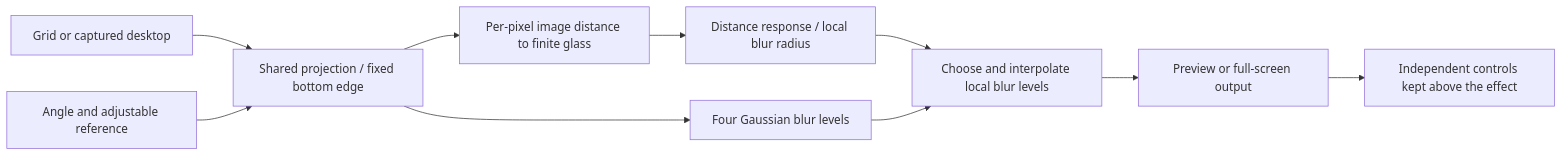
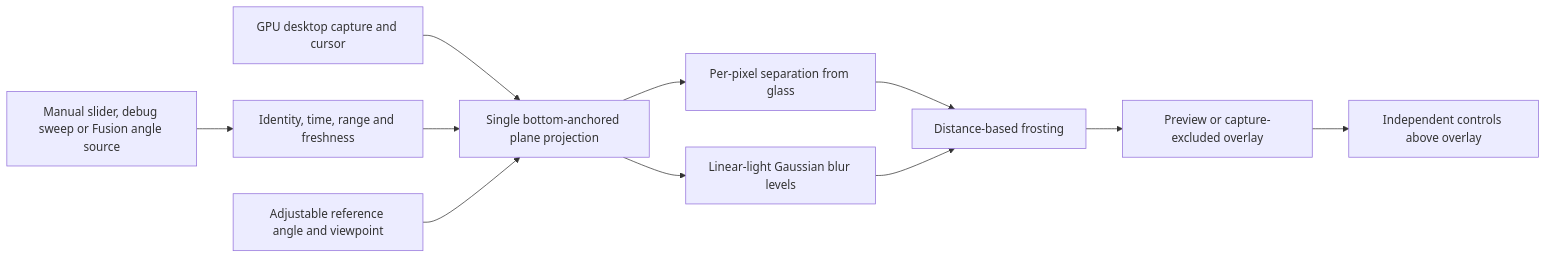
One commit to Comb1e/windows-turn changed the third of 4 diagrams in docs/architecture.md. Above: the diagram before and after it, drawn with Mermaid. The commit also changed other lines of this file and 22 other files, not shown here.

Commit message:
Replace Fusion sweep calibration with photo annotation workflow

````diff
--- a/docs/architecture.md
+++ b/docs/architecture.md
@@ -72,12 +43,13 @@
 ```mermaid
 flowchart LR
-  Source[Grid or captured desktop] --> Projection[Shared projection / fixed bottom edge]
-  Angle[Angle and adjustable reference] --> Projection
-  Projection --> Gap[Per-pixel image distance to finite glass]
-  Gap --> Radius[Distance response / local blur radius]
-  Projection --> Levels[Four Gaussian blur levels]
-  Radius --> Mix[Choose and interpolate local blur levels]
-  Levels --> Mix
-  Mix --> Output[Preview or full-screen output]
-  Output --> Controls[Independent controls kept above the effect]
+  Sources[Manual slider, debug sweep or Fusion angle source] --> Gate[Identity, time, range and freshness]
+  Desktop[GPU desktop capture and cursor] --> Plane[Single bottom-anchored plane projection]
+  Gate --> Plane
+  Reference[Adjustable reference angle and viewpoint] --> Plane
+  Plane --> Distance[Per-pixel separation from glass]
+  Plane --> Blur[Linear-light Gaussian blur levels]
+  Distance --> Mix[Distance-based frosting]
+  Blur --> Mix
+  Mix --> Output[Preview or capture-excluded overlay]
+  Output --> Controls[Independent controls above overlay]
 ```
````
